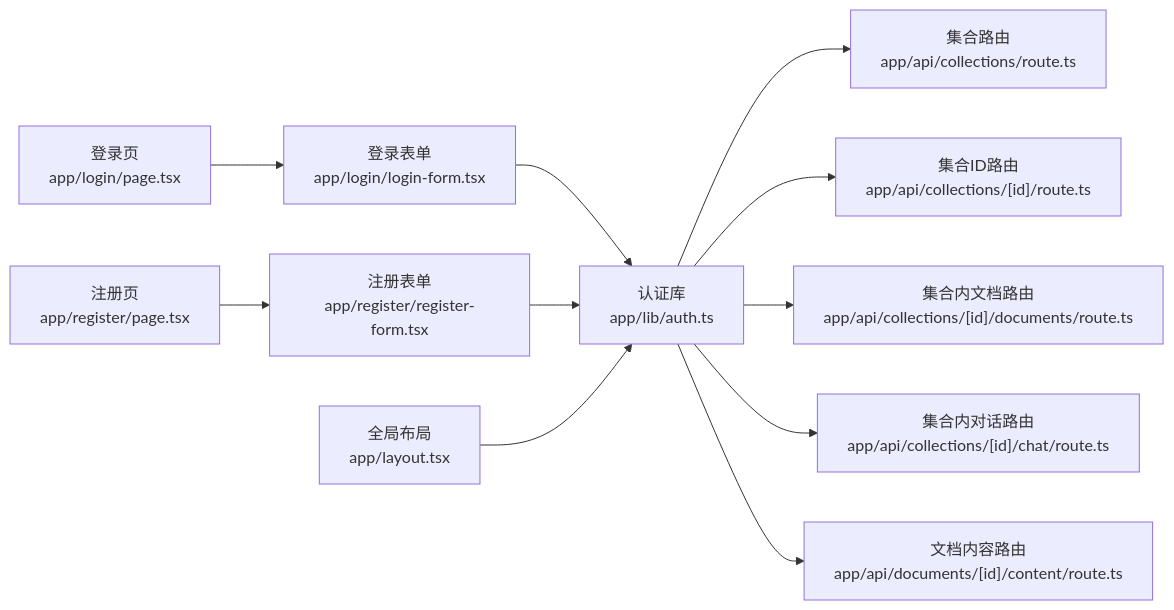
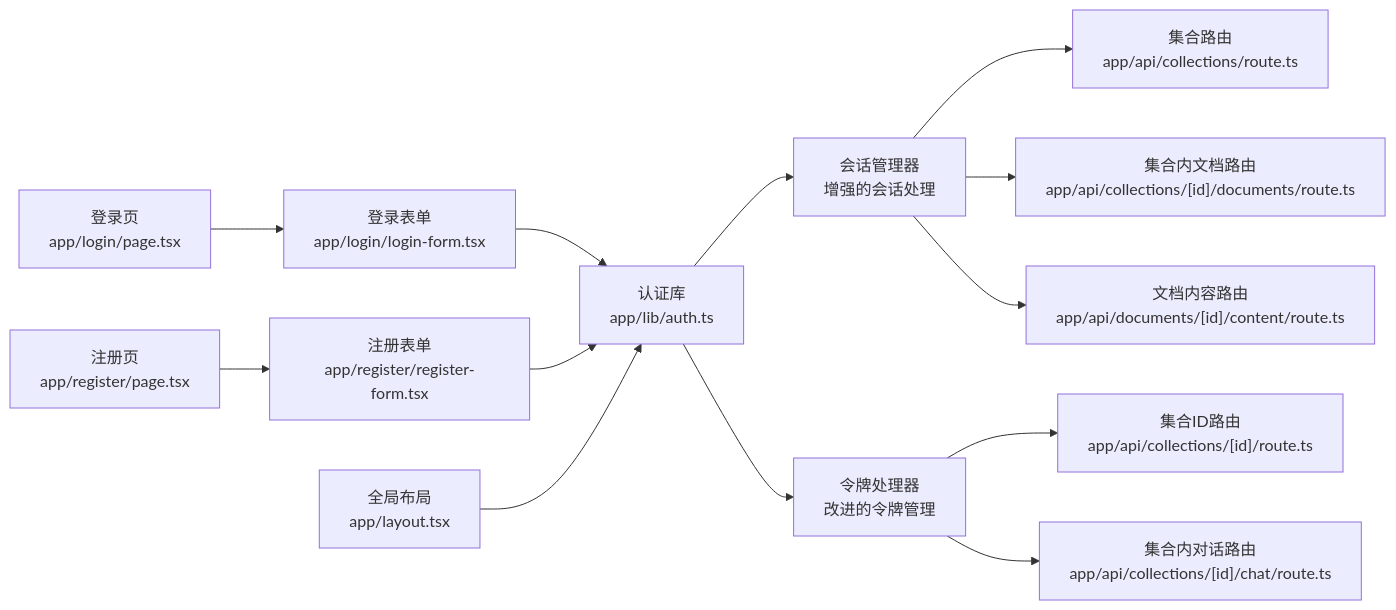
The sixth of 6 diagrams in .qoder/repowiki/zh/content/用户认证系统.md (wangzihao64/RAG_Front), drawn with Mermaid before and after one commit. The commit also changed other lines of this file and 29 other files, not shown here.

````diff
--- a/.qoder/repowiki/zh/content/用户认证系统.md
+++ b/.qoder/repowiki/zh/content/用户认证系统.md
@@ -261,13 +302,15 @@
 ```mermaid
 graph LR
 LoginPage["登录页<br/>app/login/page.tsx"] --> LoginForm["登录表单<br/>app/login/login-form.tsx"]
 RegisterPage["注册页<br/>app/register/page.tsx"] --> RegisterForm["注册表单<br/>app/register/register-form.tsx"]
 LoginForm --> AuthLib["认证库<br/>app/lib/auth.ts"]
 RegisterForm --> AuthLib
-AuthLib --> API_Collection["集合路由<br/>app/api/collections/route.ts"]
-AuthLib --> API_CollectionId["集合ID路由<br/>app/api/collections/[id]/route.ts"]
-AuthLib --> API_Documents["集合内文档路由<br/>app/api/collections/[id]/documents/route.ts"]
-AuthLib --> API_Chat["集合内对话路由<br/>app/api/collections/[id]/chat/route.ts"]
-AuthLib --> API_DocContent["文档内容路由<br/>app/api/documents/[id]/content/route.ts"]
+AuthLib --> SessionMgr["会话管理器<br/>增强的会话处理"]
+AuthLib --> TokenHandler["令牌处理器<br/>改进的令牌管理"]
+SessionMgr --> API_Collection["集合路由<br/>app/api/collections/route.ts"]
+TokenHandler --> API_CollectionId["集合ID路由<br/>app/api/collections/[id]/route.ts"]
+SessionMgr --> API_Documents["集合内文档路由<br/>app/api/collections/[id]/documents/route.ts"]
+TokenHandler --> API_Chat["集合内对话路由<br/>app/api/collections/[id]/chat/route.ts"]
+SessionMgr --> API_DocContent["文档内容路由<br/>app/api/documents/[id]/content/route.ts"]
 Layout["全局布局<br/>app/layout.tsx"] --> AuthLib
 ```
````
